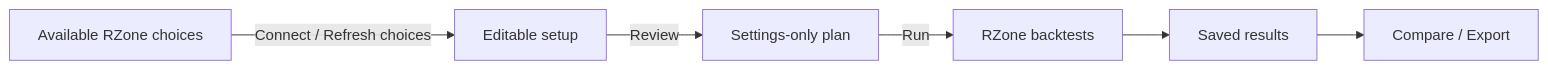
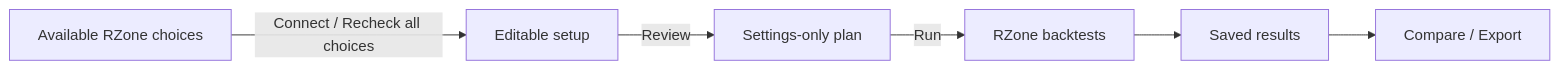
The second of 6 diagrams in docs/EXPERIMENTS.md (mamamiya7/backtest-vault), drawn with Mermaid before and after one commit. The commit also changed other lines of this file and 26 other files, not shown here.

Commit message:
Add chart-specific setup and daily choice caching

````diff
--- a/docs/EXPERIMENTS.md
+++ b/docs/EXPERIMENTS.md
@@ -39,8 +45,8 @@
 ```mermaid
 flowchart LR
-    A["Available RZone choices"] -->|"Connect / Refresh choices"| B["Editable setup"]
+    A["Available RZone choices"] -->|"Connect / Recheck all choices"| B["Editable setup"]
     B -->|"Review"| C["Settings-only plan"]
     C -->|"Run"| D["RZone backtests"]
     D --> E["Saved results"]
     E --> F["Compare / Export"]
 ```
````
